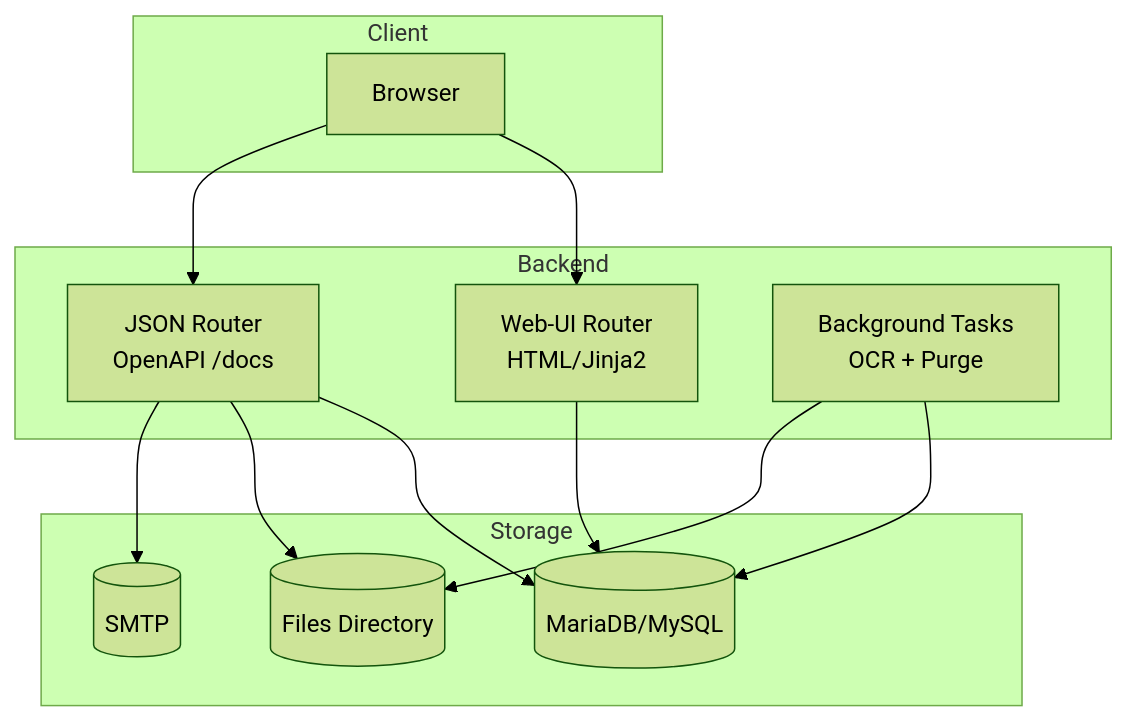
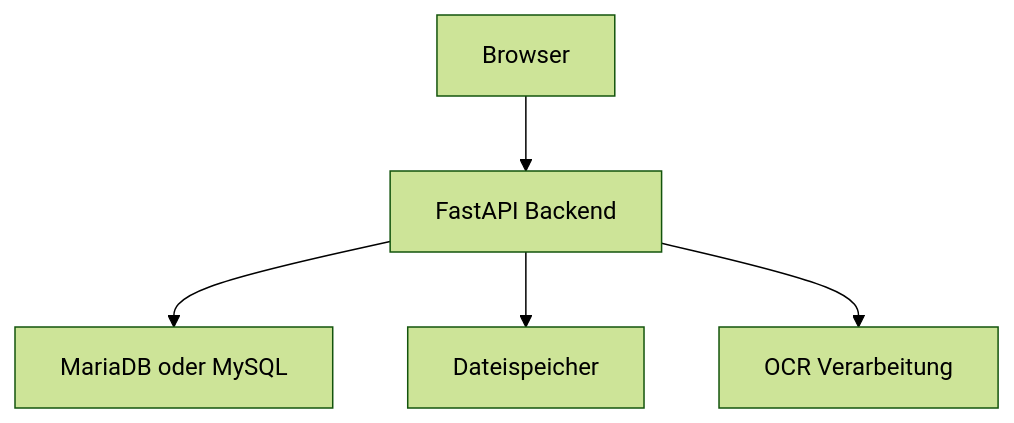
Before and after one commit to CHFChris/Dokumentation-zur-Projektarbeit: the second of 3 diagrams in docs/developer/architecture.md, drawn with Mermaid (forest theme). The commit also changed other lines of this file and 29 other files, not shown here.

````diff
--- a/docs/developer/architecture.md
+++ b/docs/developer/architecture.md
@@ -23,27 +27,7 @@
 ```mermaid
 flowchart TB
-  subgraph Client
-    U[Browser]
-  end
-
-  subgraph Backend
-    WEB[Web-UI Router\nHTML/Jinja2]
-    API[JSON Router\nOpenAPI /docs]
-    TASKS[Background Tasks\nOCR + Purge]
-  end
-
-  subgraph Storage
-    DB[(MariaDB/MySQL)]
-    FS[(Files Directory)]
-    SMTP[(SMTP)]
-  end
-
-  U --> WEB
-  U --> API
-  WEB --> DB
-  API --> DB
-  API --> FS
-  API --> SMTP
-  TASKS --> DB
-  TASKS --> FS
+    Browser[Browser] --> API[FastAPI Backend]
+    API --> DB[MariaDB oder MySQL]
+    API --> Storage[Dateispeicher]
+    API --> OCR[OCR Verarbeitung]
 ```
````
